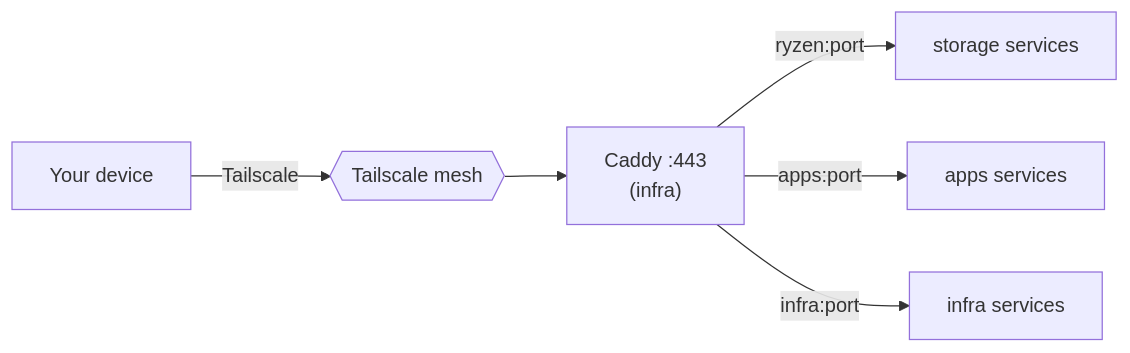
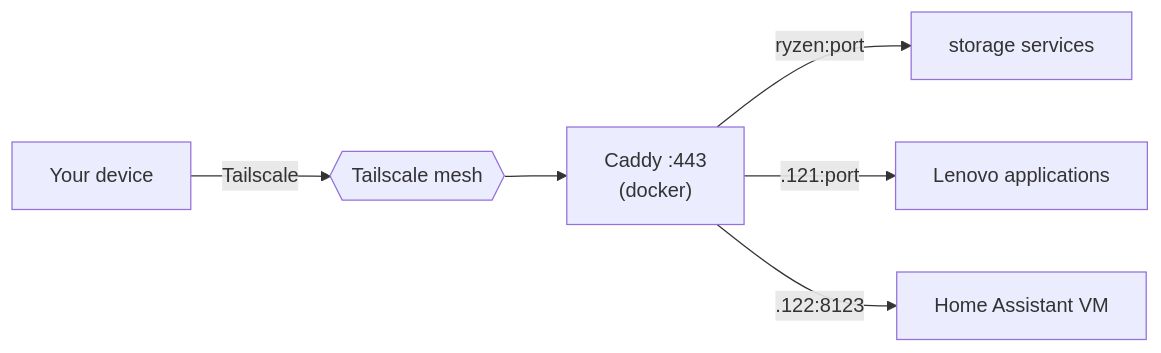
The first of 2 diagrams in docs/networking.md (Abhijith126/homeServer), drawn with Mermaid before and after one commit. The commit also changed other lines of this file and 167 other files, not shown here.

````diff
--- a/docs/networking.md
+++ b/docs/networking.md
@@ -10,8 +10,8 @@
 ```mermaid
 flowchart LR
     you["Your device"] -->|Tailscale| ts{{"Tailscale mesh"}}
-    ts --> caddy["Caddy :443<br/>(infra)"]
+    ts --> caddy["Caddy :443<br/>(docker)"]
     caddy -->|ryzen:port| storage["storage services"]
-    caddy -->|apps:port| apps["apps services"]
-    caddy -->|infra:port| infra["infra services"]
+    caddy -->|.121:port| docker["Lenovo applications"]
+    caddy -->|.122:8123| ha["Home Assistant VM"]
 ```
````
